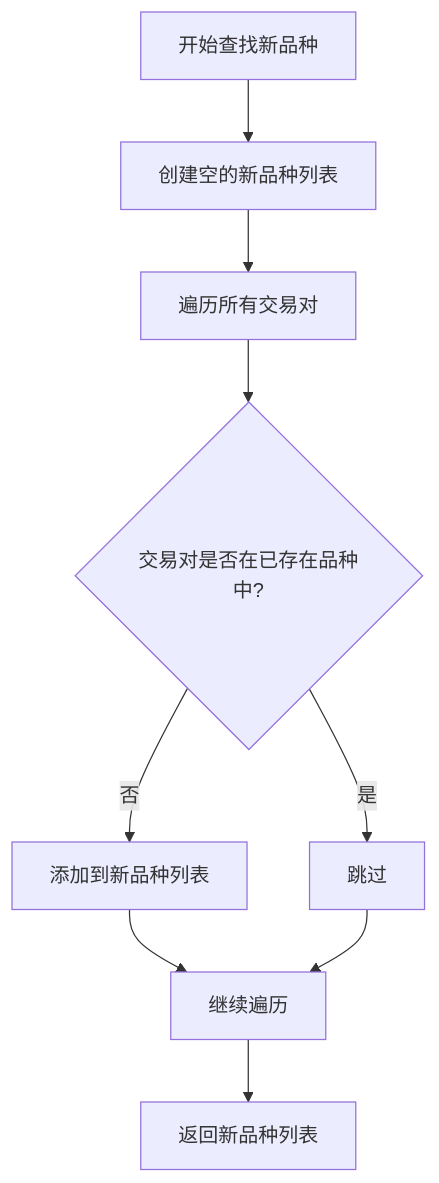
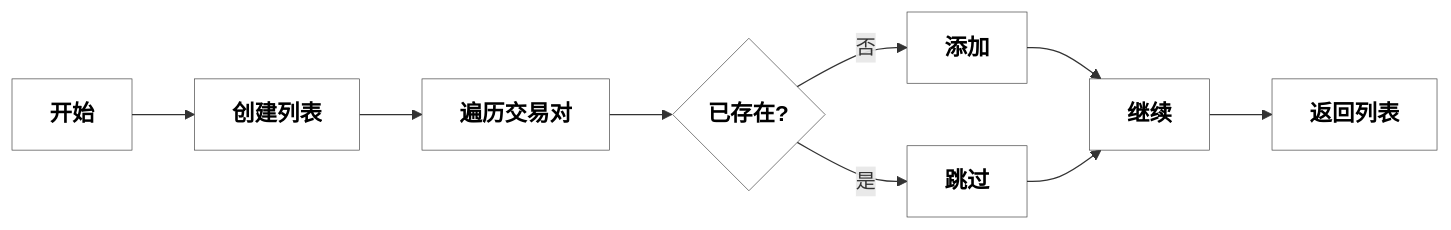
Before and after one commit to workkkfor2012/BinanceCryptoKline: the sixth of 16 diagrams in docs/kline_data_download_flow.md, drawn with Mermaid. The commit also changed other lines of this file and 49 other files, not shown here.

````diff
--- a/docs/kline_data_download_flow.md
+++ b/docs/kline_data_download_flow.md
@@ -83,11 +101,11 @@
 ```mermaid
-flowchart TD
-    A[开始查找新品种] --> B[创建空的新品种列表]
-    B --> C[遍历所有交易对]
-    C --> D{交易对是否在已存在品种中?}
-    D -->|否| E[添加到新品种列表]
-    D -->|是| F[跳过]
-    E --> G[继续遍历]
-    F --> G
-    G --> H[返回新品种列表]
+flowchart LR
+    A[开始]-->B[创建列表]-->C[遍历交易对]-->D{已存在?}
+    D-->|否|E[添加]-->G[继续]-->H[返回列表]
+    D-->|是|F[跳过]-->G
+
+    %% 设置所有节点样式
+    classDef nodeStyle fill:#ffffff,stroke:#333,color:black,font-weight:bold,font-size:18px
+    class A,B,C,D,E,F,G,H nodeStyle
+    classDef default fill:#f9f9f9,stroke:#333,stroke-width:0.5px;
 ```
````
